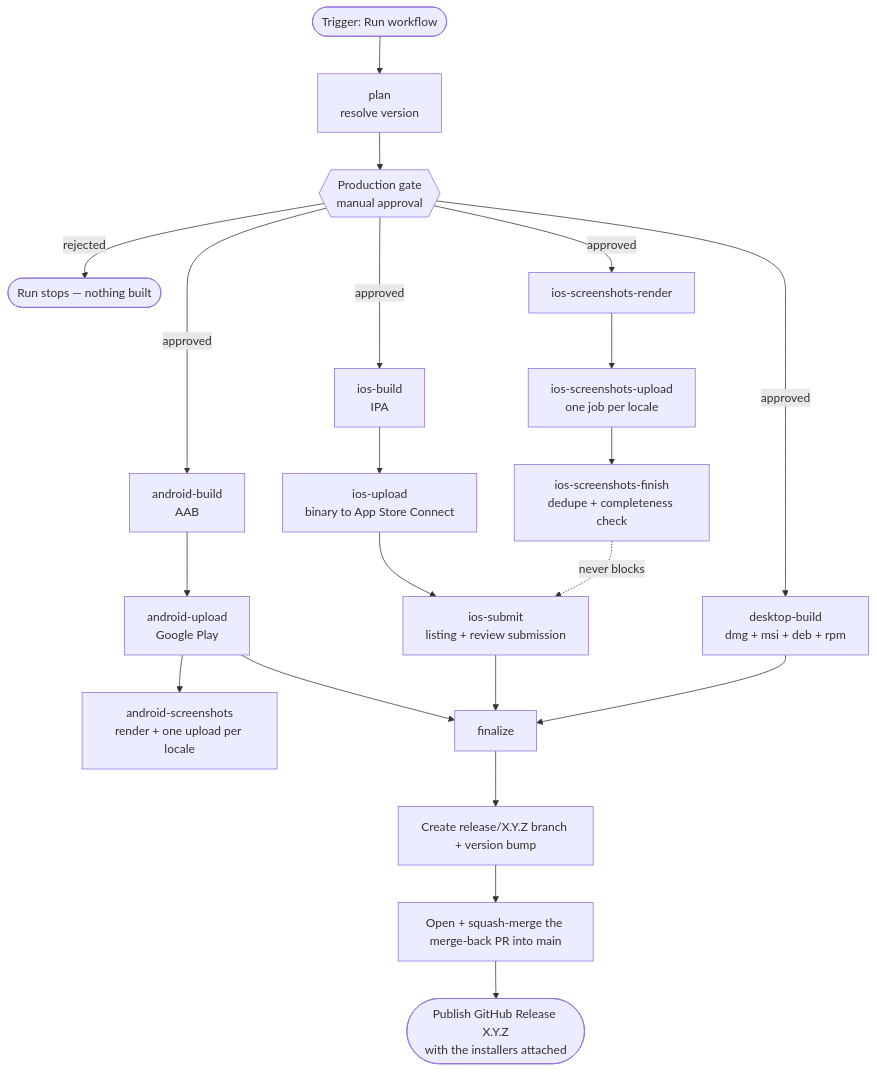
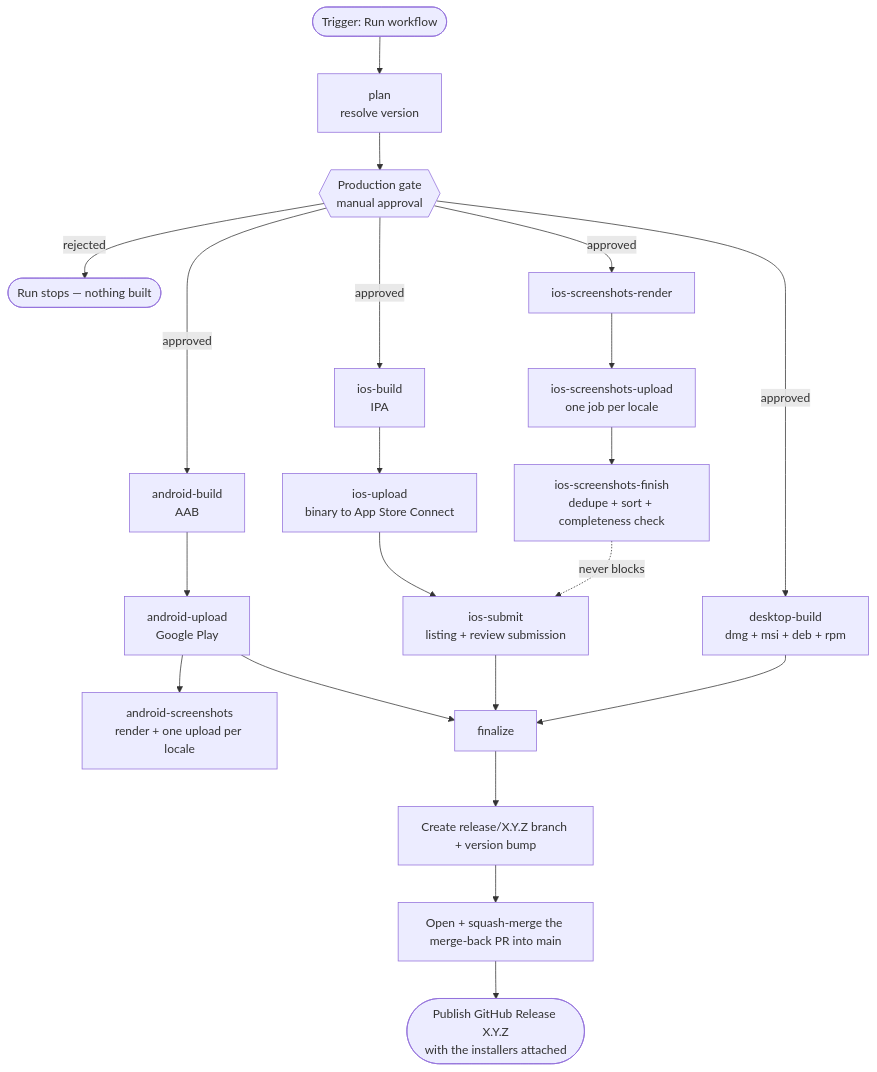
The first of 2 diagrams in docs/release-process.md (Quartel-Enterprise/bible-planner-mobile-client), drawn with Mermaid before and after one commit. The commit also changed other lines of this file and 3 other files, not shown here.

````diff
--- a/docs/release-process.md
+++ b/docs/release-process.md
@@ -19,23 +19,23 @@
 ```mermaid
 flowchart TD
     A([Trigger: Run workflow]) --> B[plan<br/>resolve version]
     B --> G{{Production gate<br/>manual approval}}
     G -->|rejected| X([Run stops — nothing built])
     G -->|approved| D1[android-build<br/>AAB]
     G -->|approved| E1[ios-build<br/>IPA]
     G -->|approved| S1[ios-screenshots-render]
     G -->|approved| H[desktop-build<br/>dmg + msi + deb + rpm]
     D1 --> D2[android-upload<br/>Google Play]
     D2 --> D3[android-screenshots<br/>render + one upload per locale]
     E1 --> E2[ios-upload<br/>binary to App Store Connect]
     S1 --> S2[ios-screenshots-upload<br/>one job per locale]
-    S2 --> S3[ios-screenshots-finish<br/>dedupe + completeness check]
+    S2 --> S3[ios-screenshots-finish<br/>dedupe + sort + completeness check]
     E2 --> E3[ios-submit<br/>listing + review submission]
     S3 -.->|never blocks| E3
     D2 --> F[finalize]
     E3 --> F
     H --> F
     F --> F1[Create release/X.Y.Z branch + version bump]
     F1 --> F2[Open + squash-merge the merge-back PR into main]
     F2 --> F3([Publish GitHub Release X.Y.Z<br/>with the installers attached])
 ```
````
